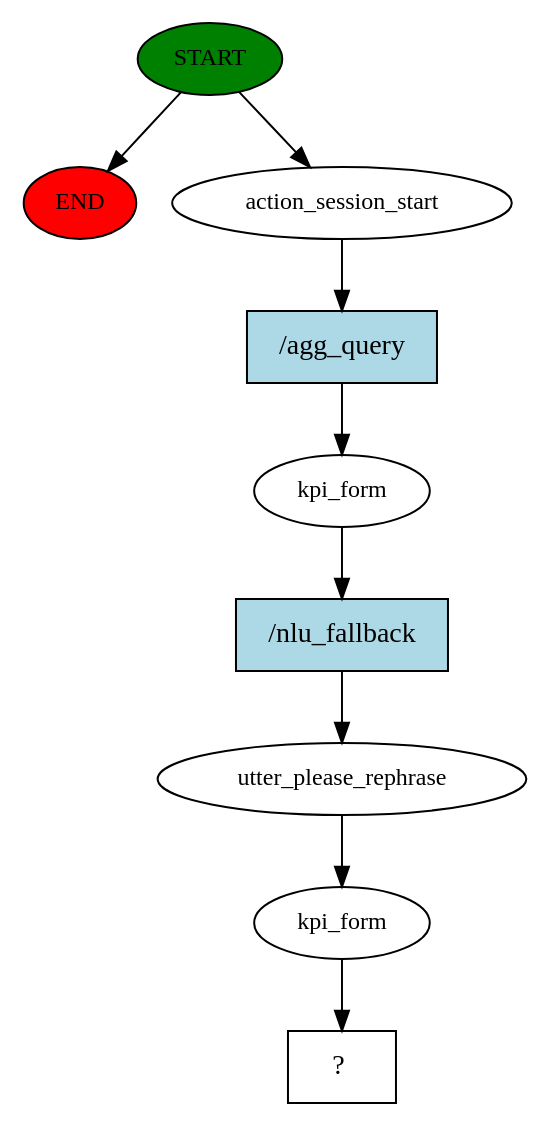
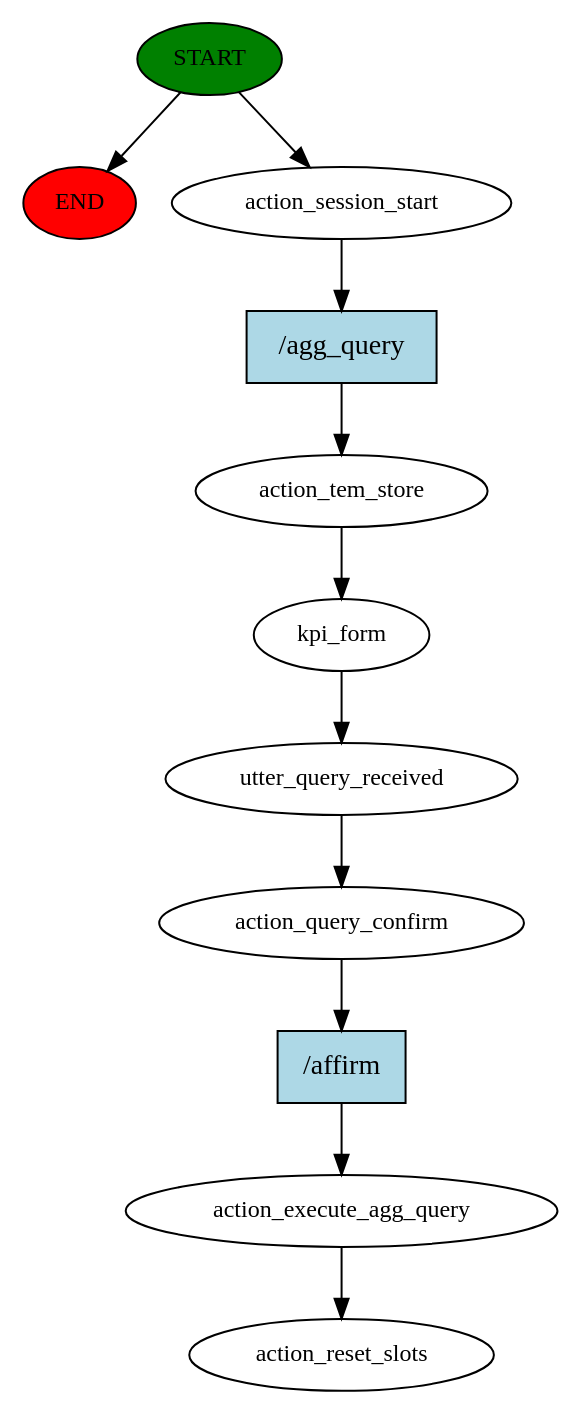
Before and after one commit to yuqiong11/kpichat: the diagram in story_graph.dot, drawn with Graphviz. The commit also changed 16 other files, not shown here.

```diff
--- a/story_graph.dot
+++ b/story_graph.dot
@@ -1,19 +1,23 @@
 digraph  {
 0 [class="start active", fillcolor=green, fontsize=12, label=START, style=filled];
 "-1" [class=end, fillcolor=red, fontsize=12, label=END, style=filled];
 1 [class=active, fontsize=12, label=action_session_start];
-2 [class=active, fontsize=12, label=kpi_form];
-3 [class=active, fontsize=12, label=utter_please_rephrase];
-4 [class=active, fontsize=12, label=kpi_form];
-5 [class="intent dashed active", label="  ?  ", shape=rect];
-6 [class="intent active", fillcolor=lightblue, label="/agg_query", shape=rect, style=filled];
-7 [class="intent active", fillcolor=lightblue, label="/nlu_fallback", shape=rect, style=filled];
+2 [class=active, fontsize=12, label=action_tem_store];
+3 [class=active, fontsize=12, label=kpi_form];
+4 [class=active, fontsize=12, label=utter_query_received];
+5 [class=active, fontsize=12, label=action_query_confirm];
+6 [class=active, fontsize=12, label=action_execute_agg_query];
+7 [class="dashed active", fontsize=12, label=action_reset_slots];
+8 [class="intent active", fillcolor=lightblue, label="/agg_query", shape=rect, style=filled];
+9 [class="intent active", fillcolor=lightblue, label="/affirm", shape=rect, style=filled];
 0 -> "-1"  [class="", key=NONE, label=""];
 0 -> 1  [class=active, key=NONE, label=""];
-1 -> 6  [class=active, key=0];
-2 -> 7  [class=active, key=0];
+1 -> 8  [class=active, key=0];
+2 -> 3  [class=active, key=NONE, label=""];
 3 -> 4  [class=active, key=NONE, label=""];
 4 -> 5  [class=active, key=NONE, label=""];
-6 -> 2  [class=active, key=0];
-7 -> 3  [class=active, key=0];
+5 -> 9  [class=active, key=0];
+6 -> 7  [class=active, key=NONE, label=""];
+8 -> 2  [class=active, key=0];
+9 -> 6  [class=active, key=0];
 }
```
